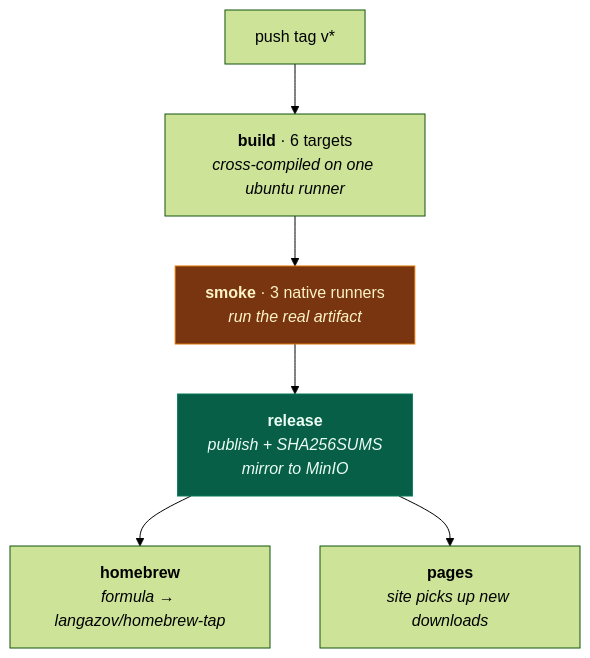
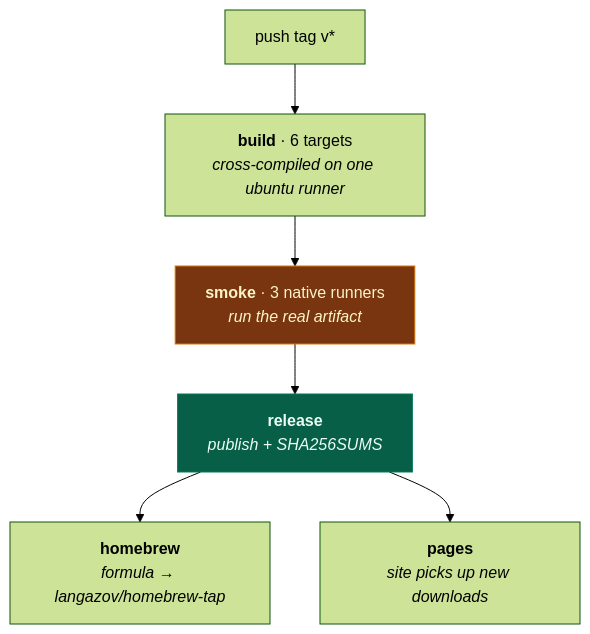
Before and after one commit to langazov/gocode: the second of 2 diagrams in documentation/10-development.md, drawn with Mermaid (forest theme). The commit also changed other lines of this file and 3 other files, not shown here.

First line of the commit message:
fix(release): formula downloads from GitHub releases, not the MinIO mirror

````diff
--- a/documentation/10-development.md
+++ b/documentation/10-development.md
@@ -151,11 +151,11 @@
 ```mermaid
 flowchart TD
   T["push tag v*"] --> B["<b>build</b> · 6 targets<br/><i>cross-compiled on one ubuntu runner</i>"]
   B --> S["<b>smoke</b> · 3 native runners<br/><i>run the real artifact</i>"]
-  S --> R["<b>release</b><br/><i>publish + SHA256SUMS<br/>mirror to MinIO</i>"]
+  S --> R["<b>release</b><br/><i>publish + SHA256SUMS</i>"]
   R --> H["<b>homebrew</b><br/><i>formula → langazov/homebrew-tap</i>"]
   R --> P["<b>pages</b><br/><i>site picks up new downloads</i>"]
 
   style S fill:#78350f,stroke:#d97706,color:#fef3c7
   style R fill:#065f46,stroke:#047857,color:#ecfdf5
 ```
````
